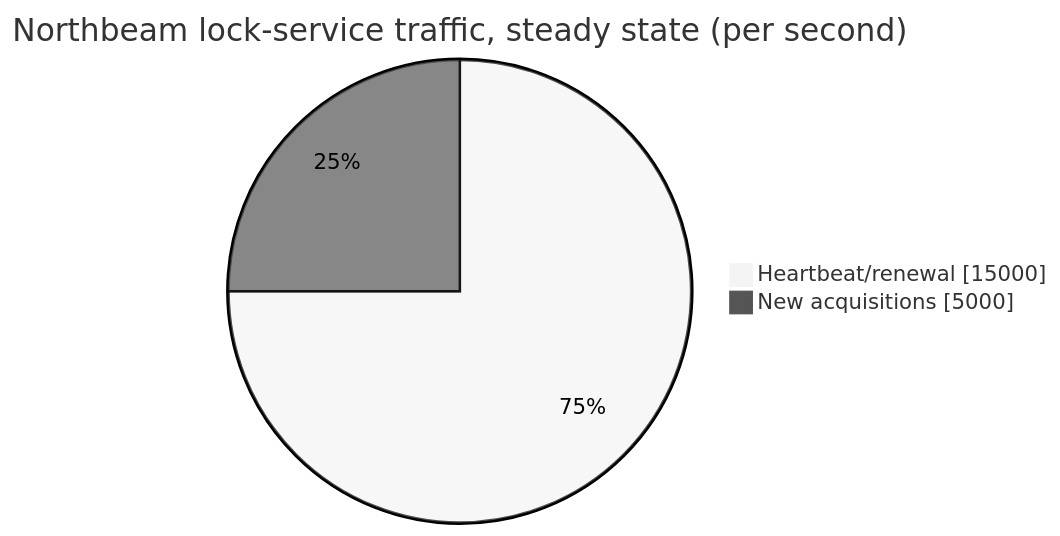
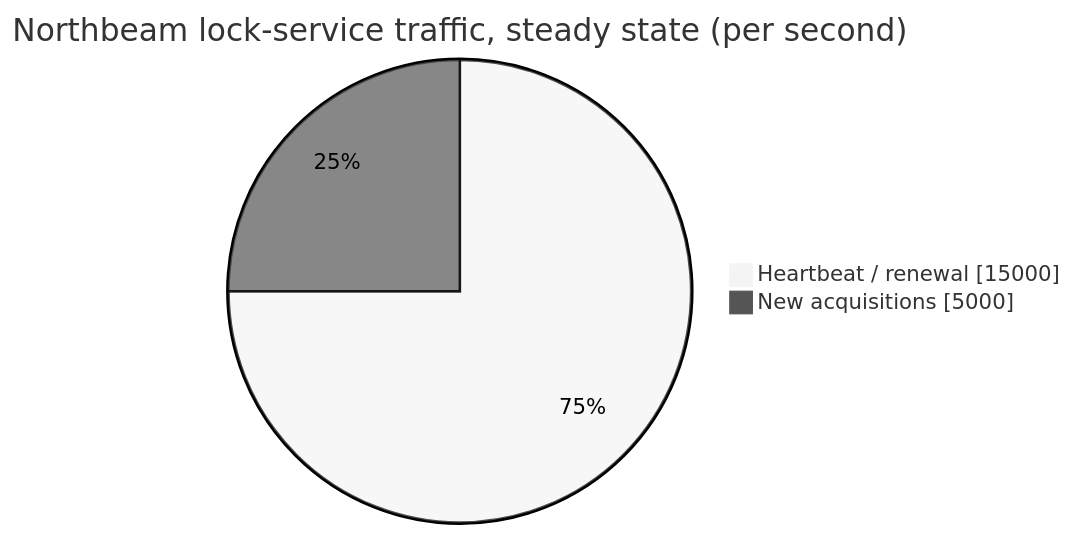
The eighth of 10 diagrams in system-design/HLD/0-course/61-Design-a-Global-Distributed-Lock-Service-FAANG-Guide-story.md (riyaz-pasha/Learnings), drawn with Mermaid (neutral theme) before and after one commit. The commit also changed other lines of this file and 1 other file, not shown here.

Commit message:
[REWRITE] Global Distributed Lock Service story guide: simplify prose, add structure, fix diagrams

````diff
--- a/system-design/HLD/0-course/61-Design-a-Global-Distributed-Lock-Service-FAANG-Guide-story.md
+++ b/system-design/HLD/0-course/61-Design-a-Global-Distributed-Lock-Service-FAANG-Guide-story.md
@@ -376,6 +574,6 @@
 ```mermaid
 pie showData
     title Northbeam lock-service traffic, steady state (per second)
-    "Heartbeat/renewal" : 15000
+    "Heartbeat / renewal" : 15000
     "New acquisitions" : 5000
 ```
````
